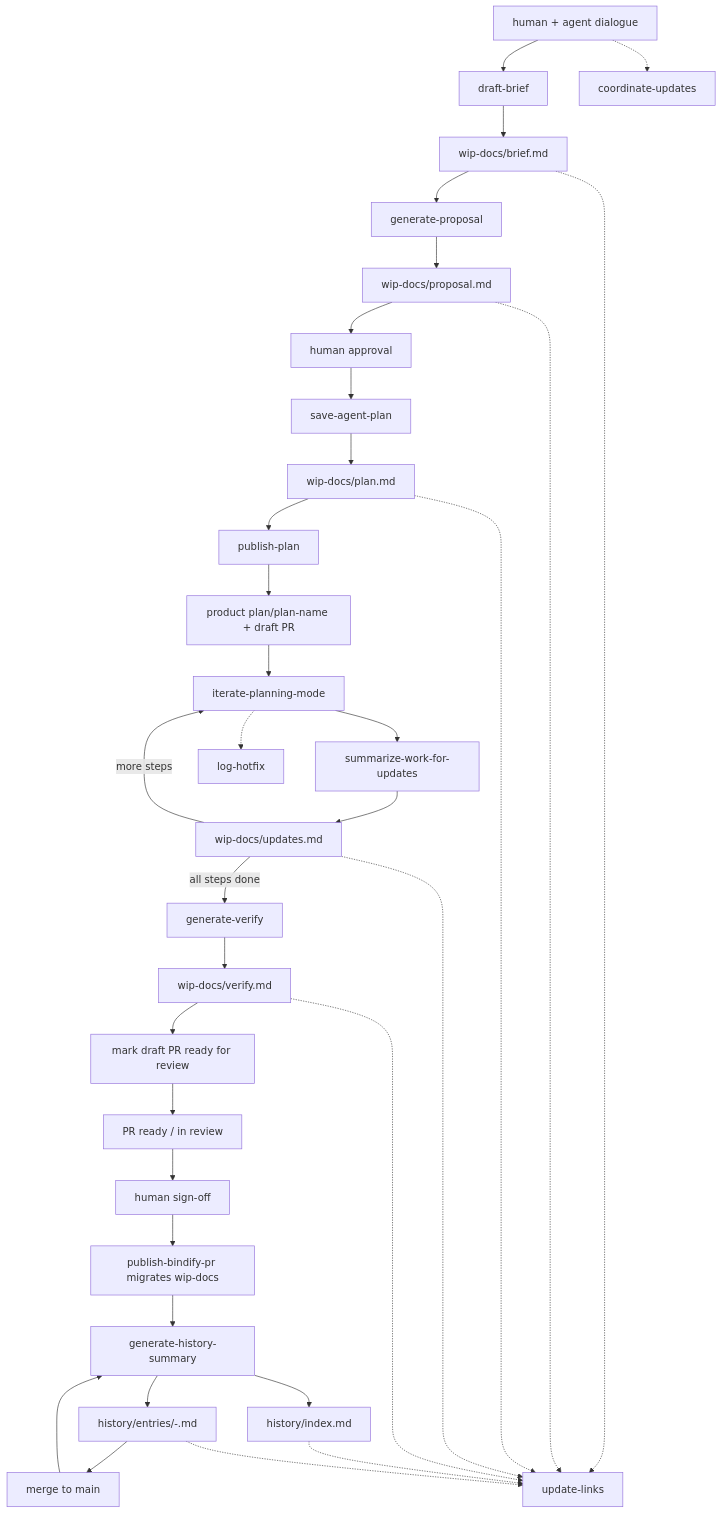
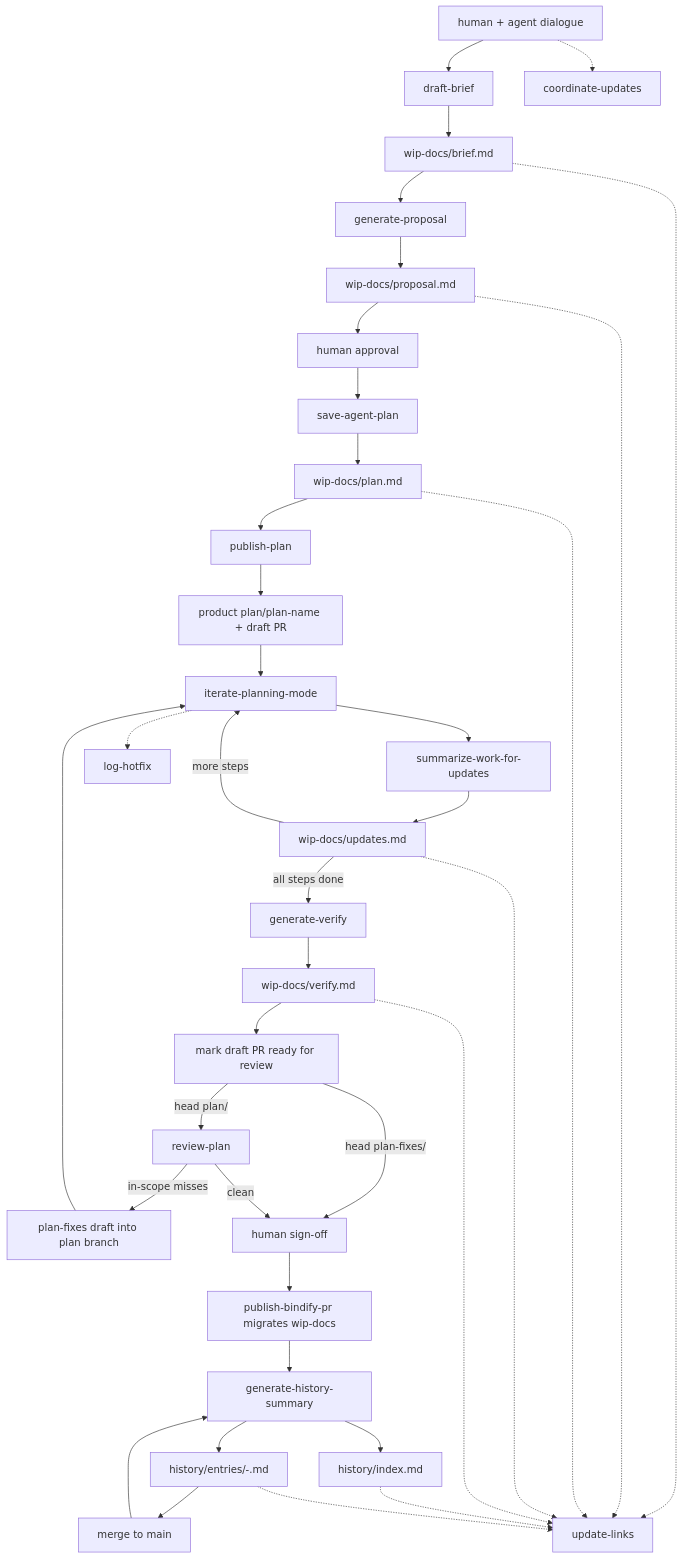
Before and after one commit to den-ree/blanche-skills: the diagram in bindify/SKILL.md, drawn with Mermaid. The commit also changed other lines of this file and 6 other files, not shown here.

First line of the commit message:
Add a one-round review after a plan PR opens.

````diff
--- a/bindify/SKILL.md
+++ b/bindify/SKILL.md
@@ -51,65 +52,69 @@
 ```mermaid
 flowchart TD
     dialogue["human + agent dialogue"]
     draftBrief["draft-brief"]
     briefMd["wip-docs/brief.md"]
     genProposal["generate-proposal"]
     proposalMd["wip-docs/proposal.md"]
     humanApproval["human approval"]
     savePlan["save-agent-plan"]
     planMd["wip-docs/plan.md"]
     publishPlan["publish-plan"]
     planBranch["product plan/plan-name + draft PR"]
     iterate["iterate-planning-mode"]
     summarize["summarize-work-for-updates"]
     updatesMd["wip-docs/updates.md"]
     genVerify["generate-verify"]
     verifyMd["wip-docs/verify.md"]
     prReady["mark draft PR ready for review"]
+    reviewPlan["review-plan"]
+    fixesDraft["plan-fixes draft into plan branch"]
     migrate["publish-bindify-pr migrates wip-docs"]
     genHistory["generate-history-summary"]
     historyIndex["history/index.md"]
     historyEntry["history/entries/<date>-<slug>.md"]
     humanSignoff["human sign-off"]
-    prCreated["PR ready / in review"]
     mergeMain["merge to main"]
 
     coordinate["coordinate-updates"]
     logHotfix["log-hotfix"]
     updateLinks["update-links"]
 
     dialogue --> draftBrief
     draftBrief --> briefMd
     briefMd --> genProposal
     genProposal --> proposalMd
     proposalMd --> humanApproval
     humanApproval --> savePlan
     savePlan --> planMd
     planMd --> publishPlan
     publishPlan --> planBranch
     planBranch --> iterate
     iterate --> summarize
     summarize --> updatesMd
     updatesMd -->|"more steps"| iterate
     updatesMd -->|"all steps done"| genVerify
     genVerify --> verifyMd
     verifyMd --> prReady
-    prReady --> prCreated
-    prCreated --> humanSignoff
+    prReady -->|"head plan/"| reviewPlan
+    prReady -->|"head plan-fixes/"| humanSignoff
+    reviewPlan -->|"clean"| humanSignoff
+    reviewPlan -->|"in-scope misses"| fixesDraft
+    fixesDraft --> iterate
     humanSignoff --> migrate
     migrate --> genHistory
     genHistory --> historyEntry
     genHistory --> historyIndex
     historyEntry --> mergeMain
     mergeMain --> genHistory
 
     dialogue -.-> coordinate
     iterate -.-> logHotfix
     briefMd -.-> updateLinks
     proposalMd -.-> updateLinks
     planMd -.-> updateLinks
     updatesMd -.-> updateLinks
     verifyMd -.-> updateLinks
     historyIndex -.-> updateLinks
     historyEntry -.-> updateLinks
 ```
````
